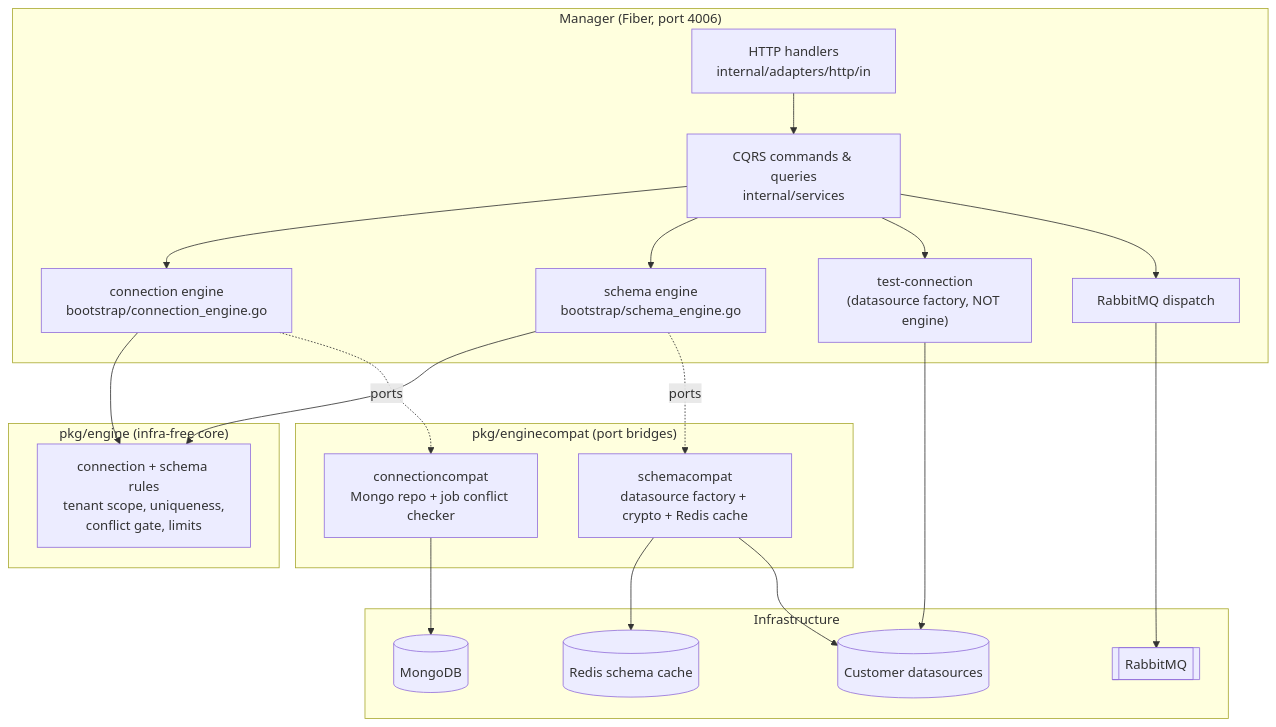
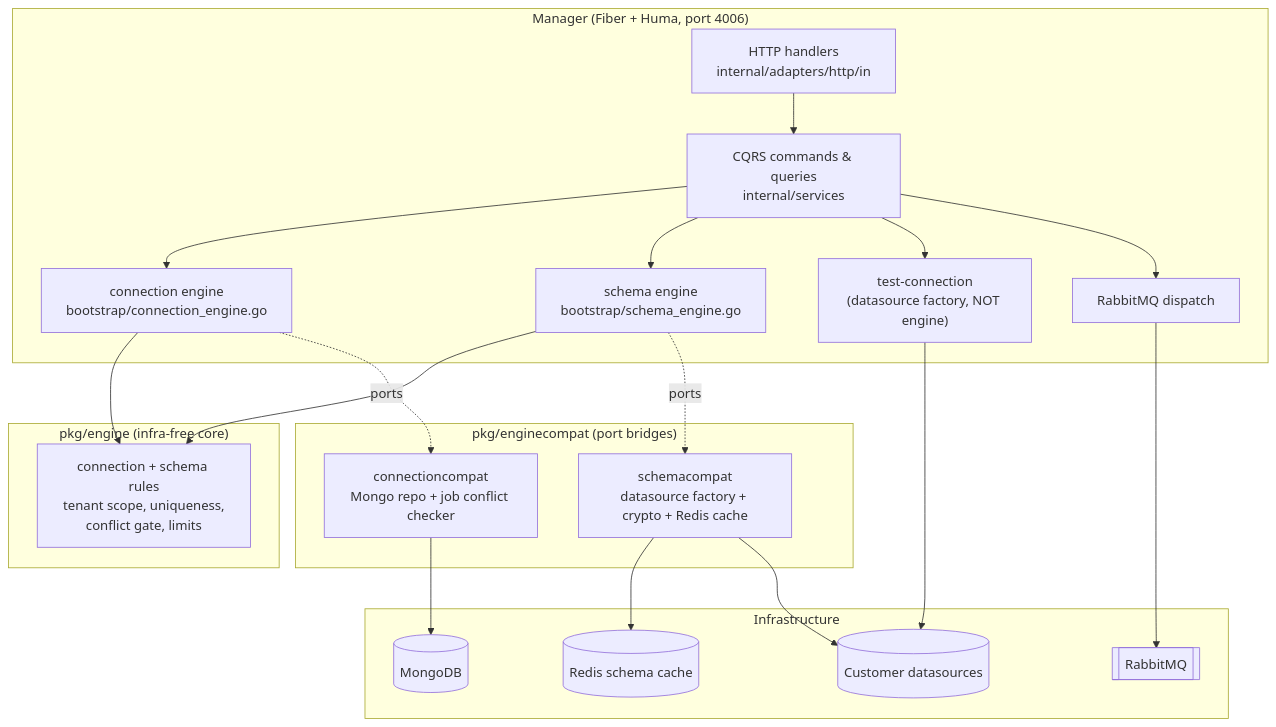
The first of 3 diagrams in components/manager/README.md (LerianStudio/fetcher), drawn with Mermaid before and after one commit. The commit also changed other lines of this file and 3 other files, not shown here.

````diff
--- a/components/manager/README.md
+++ b/components/manager/README.md
@@ -38,45 +38,45 @@
 ```mermaid
 graph TB
-    subgraph Manager["Manager (Fiber, port 4006)"]
+    subgraph Manager["Manager (Fiber + Huma, port 4006)"]
         Handlers["HTTP handlers\ninternal/adapters/http/in"]
         CmdQ["CQRS commands & queries\ninternal/services"]
         ConnEng["connection engine\nbootstrap/connection_engine.go"]
         SchemaEng["schema engine\nbootstrap/schema_engine.go"]
         DSFactory["test-connection\n(datasource factory, NOT engine)"]
         Dispatch["RabbitMQ dispatch"]
     end
 
     subgraph Engine["pkg/engine (infra-free core)"]
         EngRules["connection + schema rules\ntenant scope, uniqueness,\nconflict gate, limits"]
     end
 
     subgraph Compat["pkg/enginecompat (port bridges)"]
         ConnCompat["connectioncompat\nMongo repo + job conflict checker"]
         SchemaCompat["schemacompat\ndatasource factory + crypto + Redis cache"]
     end
 
     subgraph Infra["Infrastructure"]
         Mongo[(MongoDB)]
         Redis[(Redis schema cache)]
         RabbitMQ[[RabbitMQ]]
         Sources[(Customer datasources)]
     end
 
     Handlers --> CmdQ
     CmdQ --> ConnEng
     CmdQ --> SchemaEng
     CmdQ --> DSFactory
     CmdQ --> Dispatch
 
     ConnEng --> EngRules
     SchemaEng --> EngRules
 
     ConnEng -. ports .-> ConnCompat
     SchemaEng -. ports .-> SchemaCompat
 
     ConnCompat --> Mongo
     SchemaCompat --> Redis
     SchemaCompat --> Sources
     DSFactory --> Sources
     Dispatch --> RabbitMQ
 ```
````
